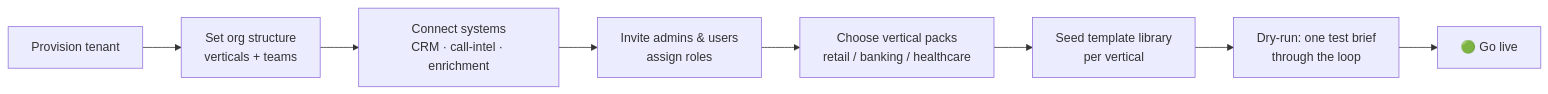
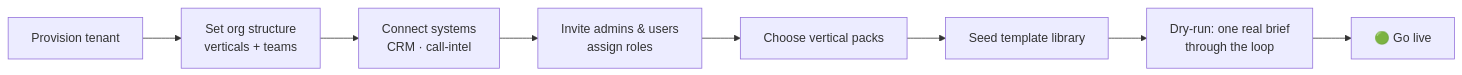
The fifth of 10 diagrams in PRODUCT.md (anupsahoo/revenueos), drawn with Mermaid before and after one commit. The commit also changed other lines of this file and 6 other files, not shown here.

````diff
--- a/PRODUCT.md
+++ b/PRODUCT.md
@@ -78,11 +200,10 @@
 ```mermaid
 flowchart LR
   A["Provision tenant"] --> B["Set org structure<br/>verticals + teams"]
-  B --> C["Connect systems<br/>CRM · call-intel · enrichment"]
+  B --> C["Connect systems<br/>CRM · call-intel"]
   C --> D["Invite admins & users<br/>assign roles"]
-  D --> E["Choose vertical packs<br/>retail / banking / healthcare"]
-  E --> F["Seed template library<br/>per vertical"]
-  F --> G["Dry-run: one test brief<br/>through the loop"]
+  D --> E["Choose vertical packs"]
+  E --> F["Seed template library"]
+  F --> G["Dry-run: one real brief<br/>through the loop"]
   G --> H["🟢 Go live"]
-  classDef done fill:#0e8a4322,stroke:#0e8a43;
 ```
````
